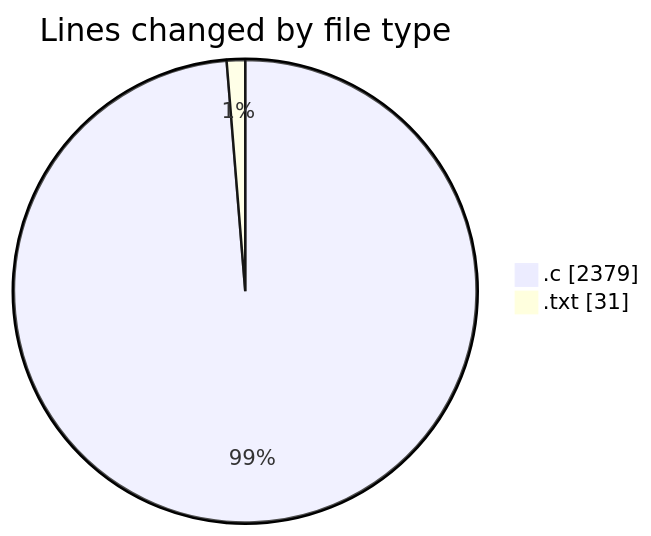
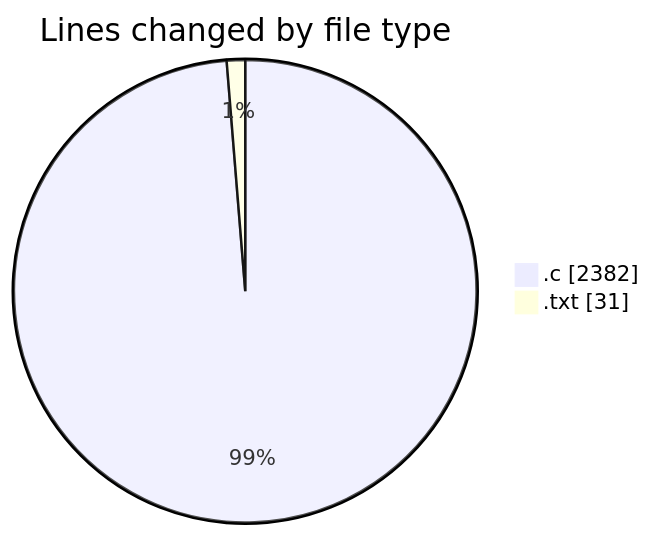
The first of 2 diagrams in 2025-01-26/search/README.md (Ritupan-Deka/code-tracking), drawn with Mermaid before and after one commit. The commit also changed other lines of this file and 1 other file, not shown here.

````diff
--- a/2025-01-26/search/README.md
+++ b/2025-01-26/search/README.md
@@ -22,6 +22,6 @@
 ```mermaid
 pie showData
 title Lines changed by file type
-".c" : 2379
+".c" : 2382
 ".txt" : 31
 ```
````
